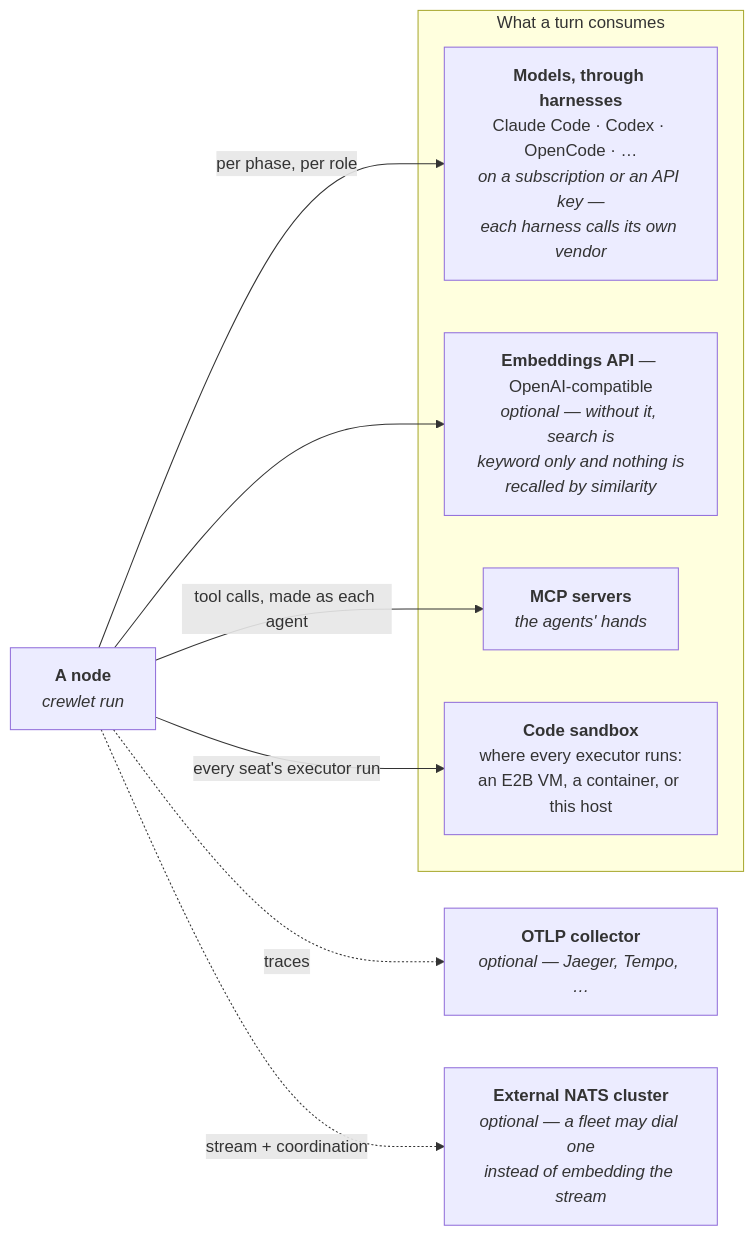
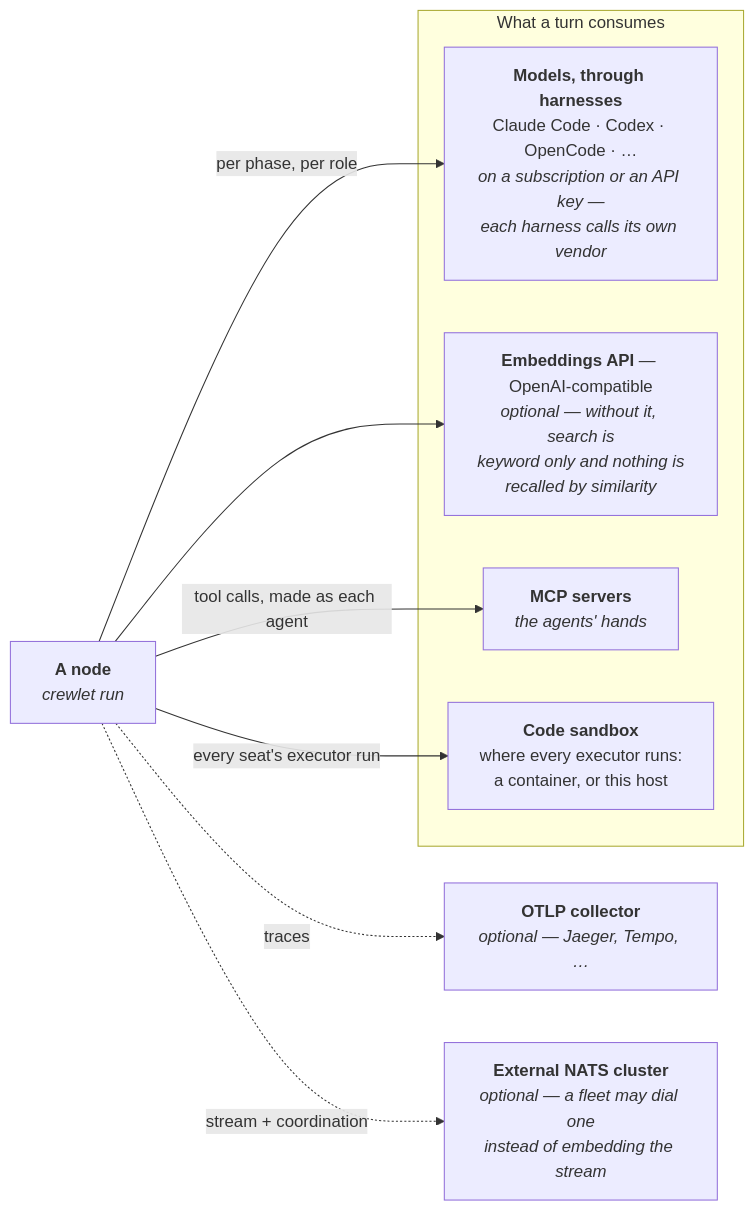
Before and after one commit to crewlet/crewlet: the second of 10 diagrams in docs/concepts/architecture.md, drawn with Mermaid. The commit also changed other lines of this file and 371 other files, not shown here.

````diff
--- a/docs/concepts/architecture.md
+++ b/docs/concepts/architecture.md
@@ -57,21 +57,21 @@
 ```mermaid
 flowchart LR
     NODE["<b>A node</b><br/><i>crewlet run</i>"]
 
     subgraph supply["What a turn consumes"]
         LLM["<b>Models, through harnesses</b><br/>Claude Code · Codex · OpenCode · …<br/><i>on a subscription or an API key —<br/>each harness calls its own vendor</i>"]
         EMB["<b>Embeddings API</b> — OpenAI-compatible<br/><i>optional — without it, search is<br/>keyword only and nothing is<br/>recalled by similarity</i>"]
         MCPS["<b>MCP servers</b><br/><i>the agents' hands</i>"]
-        BOX["<b>Code sandbox</b><br/>where every executor runs:<br/>an E2B VM, a container, or this host"]
+        BOX["<b>Code sandbox</b><br/>where every executor runs:<br/>a container, or this host"]
     end
 
     OTEL["<b>OTLP collector</b><br/><i>optional — Jaeger, Tempo, …</i>"]
     NATS["<b>External NATS cluster</b><br/><i>optional — a fleet may dial one<br/>instead of embedding the stream</i>"]
 
     NODE -->|"per phase, per role"| LLM
     NODE --> EMB
     NODE -->|"tool calls, made as each agent"| MCPS
     NODE -->|"every seat's executor run"| BOX
     NODE -.->|traces| OTEL
     NODE -.->|"stream + coordination"| NATS
 ```
````
